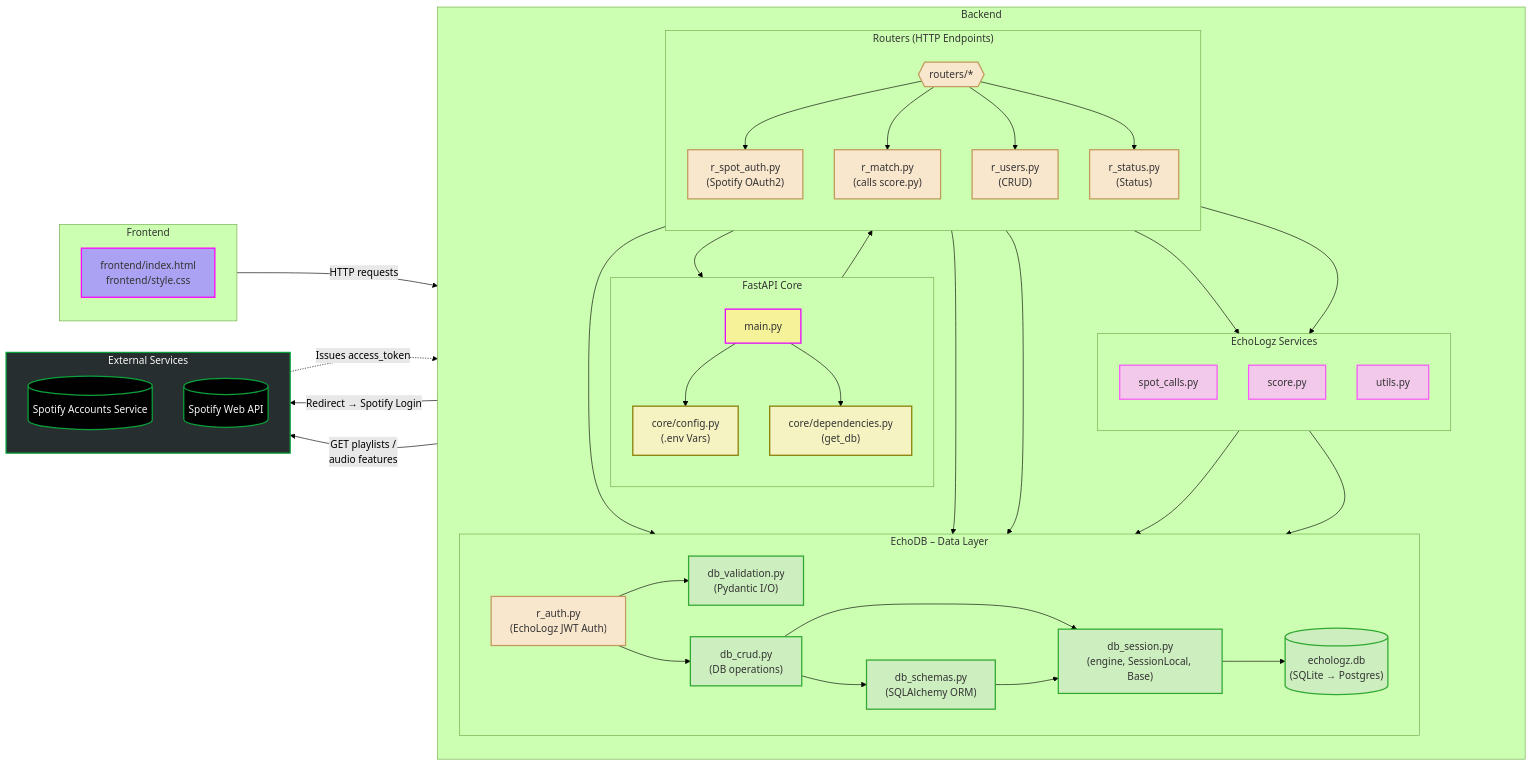
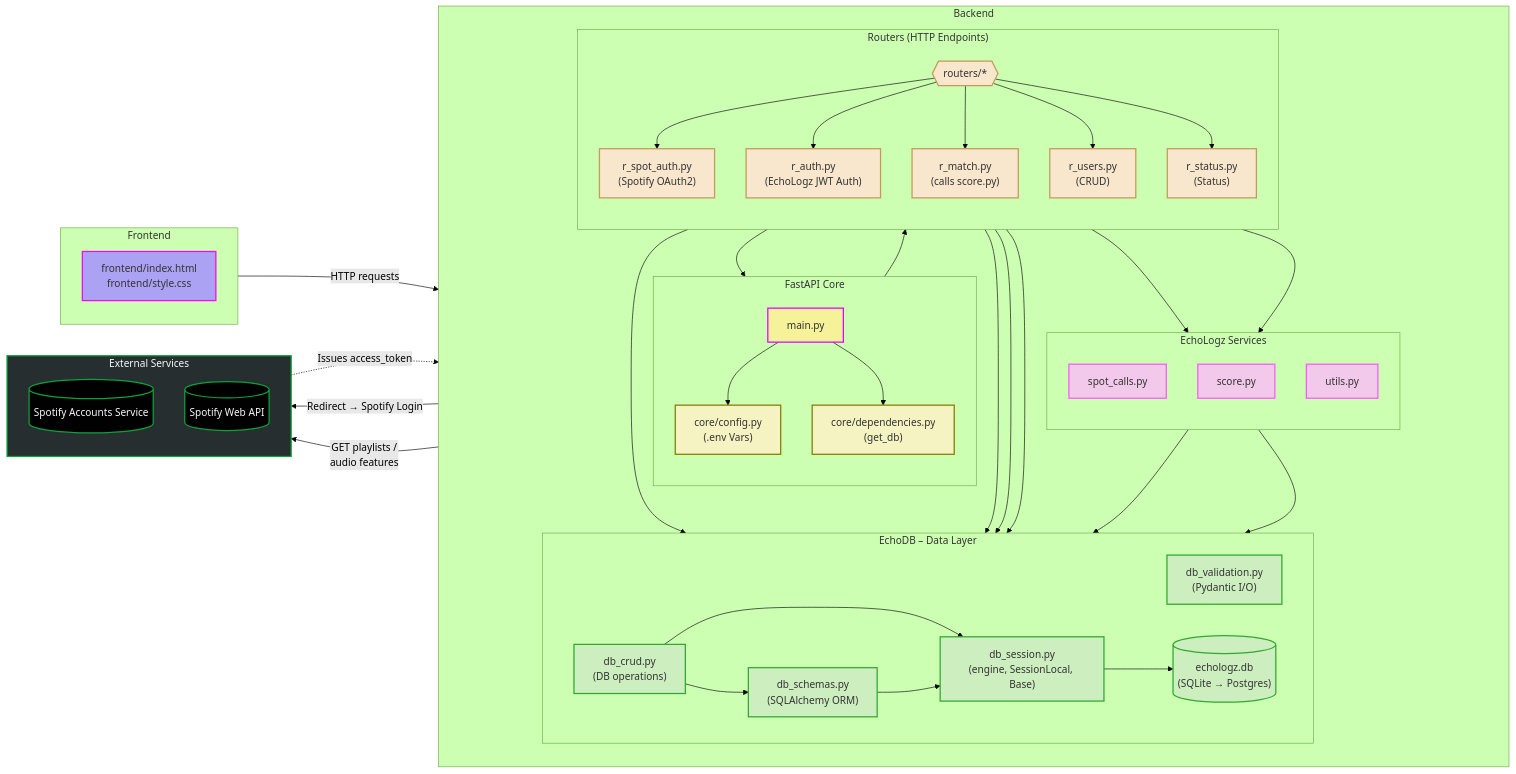
Before and after one commit to knland01/TEAM-19---C350: the diagram in EchoLogz/flowchart_HIGH.md, drawn with Mermaid (forest theme). The commit also changed other lines of this file and 7 other files, not shown here.

```diff
--- a/EchoLogz/flowchart_HIGH.md
+++ b/EchoLogz/flowchart_HIGH.md
@@ -38,7 +38,7 @@
     %% ----- DB Layer -----
     subgraph DBLayer["EchoDB – Data Layer"]
       direction LR
-      AUTH["r_auth.py<br/>(EchoLogz JWT Auth)"]:::routers
+      %%AUTH["r_auth.py<br/>(EchoLogz JWT Auth)"]:::routers
       VAL["db_validation.py<br/>(Pydantic I/O)"]:::db
       CRUD["db_crud.py<br/>(DB operations)"]:::db
       SCHEMAS["db_schemas.py<br/>(SQLAlchemy ORM)"]:::db
@@ -55,7 +55,7 @@
       SPOTAUTH["r_spot_auth.py<br/>(Spotify OAuth2)"]:::routers
       MATCH["r_match.py<br/>(calls score.py)"]:::routers
       USERS["r_users.py<br/>(CRUD)"]:::routers
-      %%AUTH["r_auth.py<br/>(EchoLogz JWT Auth)"]:::routers
+      AUTH["r_auth.py<br/>(EchoLogz JWT Auth)"]:::routers
       STATUS["r_status.py<br/>(Status)"]:::routers
     end
 
```
